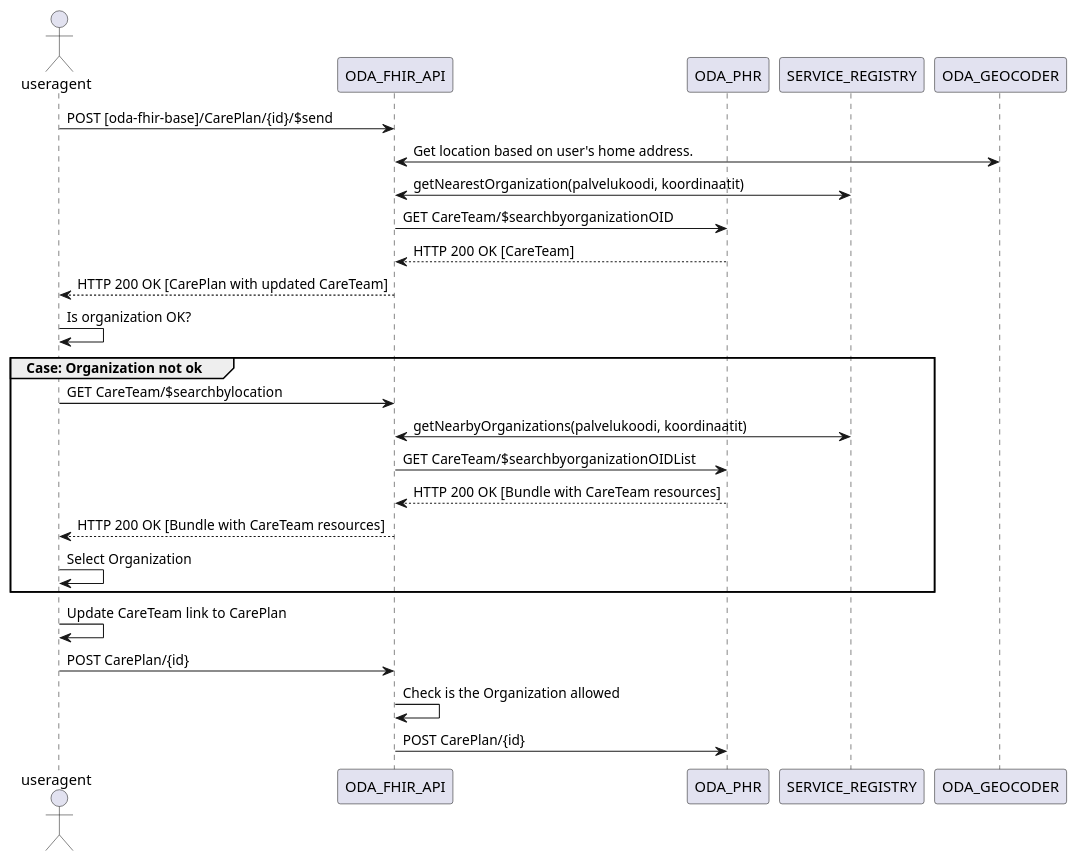
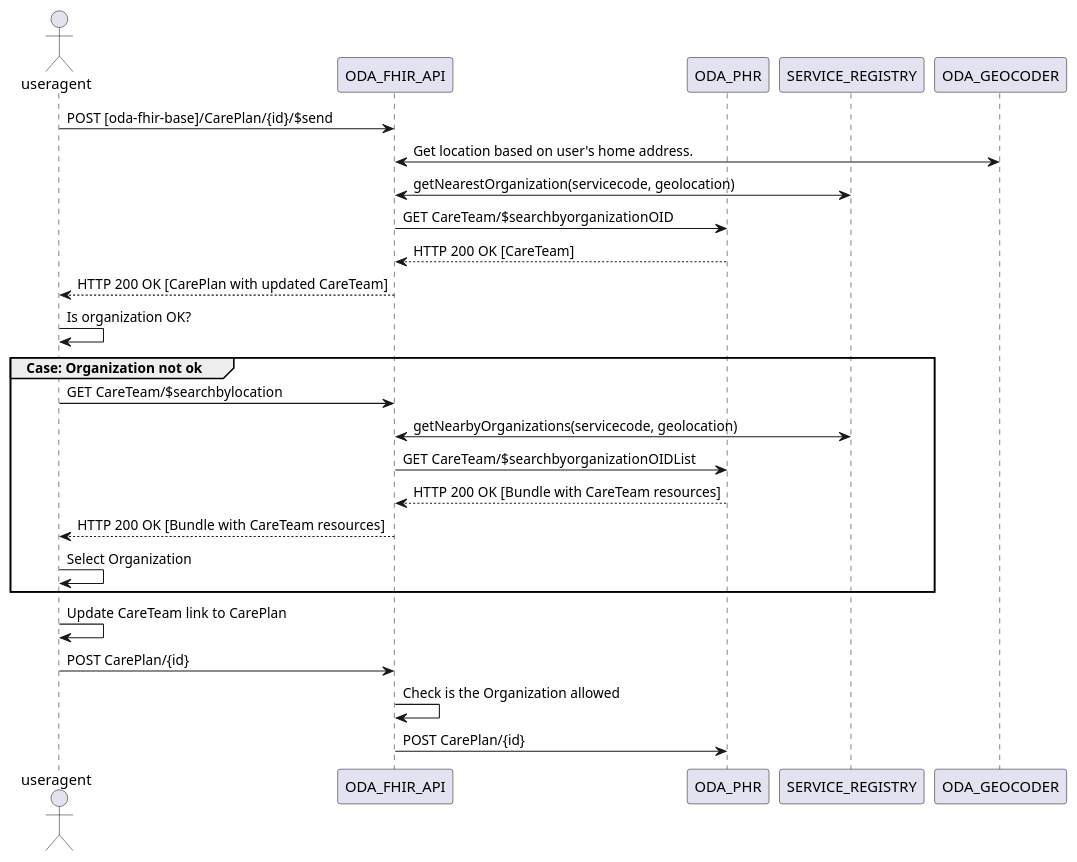
Before and after one commit to ruoat/definitions: the diagram in sequence-diagrams/ODA_Careplan-send.plantuml, drawn with PlantUML.

Commit message:
Translations finnish -> english

```diff
--- a/sequence-diagrams/ODA_Careplan-send.plantuml
+++ b/sequence-diagrams/ODA_Careplan-send.plantuml
@@ -1,32 +1,32 @@
 @startuml
 actor useragent
 participant ODA_FHIR_API
 participant ODA_PHR
 participant SERVICE_REGISTRY
 participant ODA_GEOCODER
 
 
 useragent -> ODA_FHIR_API : POST [oda-fhir-base]/CarePlan/{id}/$send
 
 ODA_FHIR_API <-> ODA_GEOCODER : Get location based on user's home address.
 
-ODA_FHIR_API <-> SERVICE_REGISTRY : getNearestOrganization(palvelukoodi, koordinaatit)
+ODA_FHIR_API <-> SERVICE_REGISTRY : getNearestOrganization(servicecode, geolocation)
 ODA_FHIR_API -> ODA_PHR : GET CareTeam/$searchbyorganizationOID
 ODA_PHR --> ODA_FHIR_API : HTTP 200 OK [CareTeam]
 ODA_FHIR_API --> useragent : HTTP 200 OK [CarePlan with updated CareTeam]
 useragent -> useragent : Is organization OK?
 
 group Case: Organization not ok
 useragent -> ODA_FHIR_API : GET CareTeam/$searchbylocation
-ODA_FHIR_API <-> SERVICE_REGISTRY : getNearbyOrganizations(palvelukoodi, koordinaatit)
+ODA_FHIR_API <-> SERVICE_REGISTRY : getNearbyOrganizations(servicecode, geolocation)
 ODA_FHIR_API -> ODA_PHR : GET CareTeam/$searchbyorganizationOIDList
 ODA_PHR --> ODA_FHIR_API : HTTP 200 OK [Bundle with CareTeam resources]
 ODA_FHIR_API --> useragent : HTTP 200 OK [Bundle with CareTeam resources]
 useragent -> useragent : Select Organization
 end
 useragent -> useragent : Update CareTeam link to CarePlan
 useragent -> ODA_FHIR_API : POST CarePlan/{id}
 ODA_FHIR_API -> ODA_FHIR_API : Check is the Organization allowed
 ODA_FHIR_API -> ODA_PHR : POST CarePlan/{id}
 
 @enduml
```
